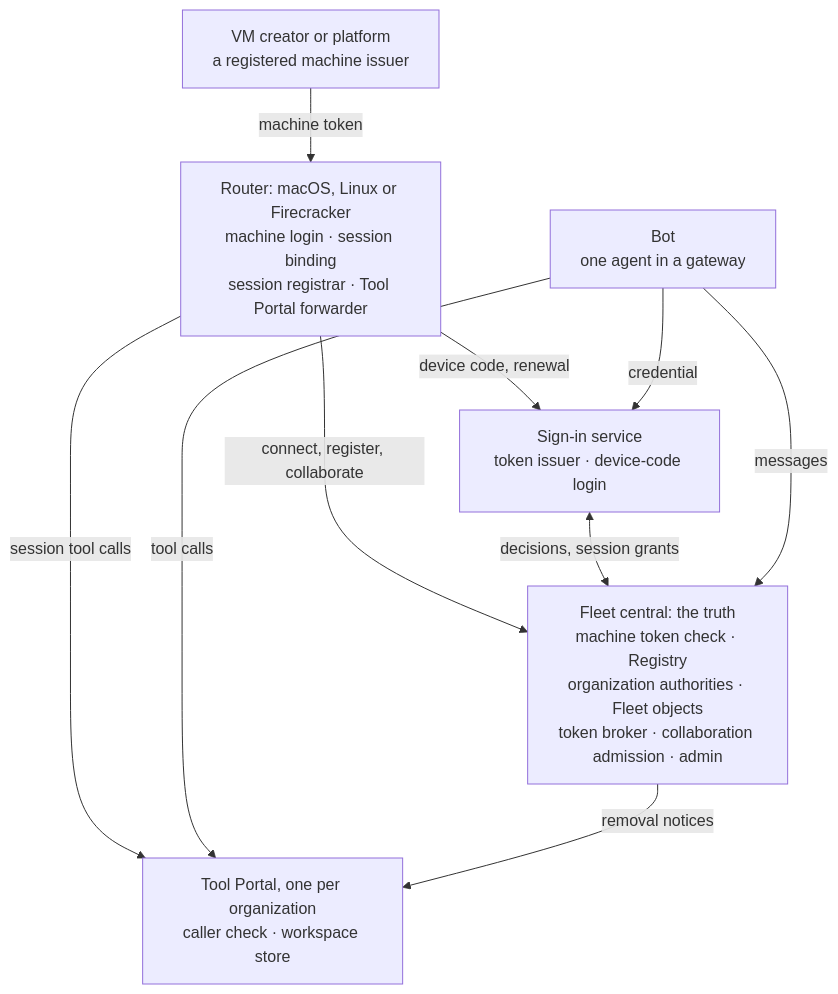
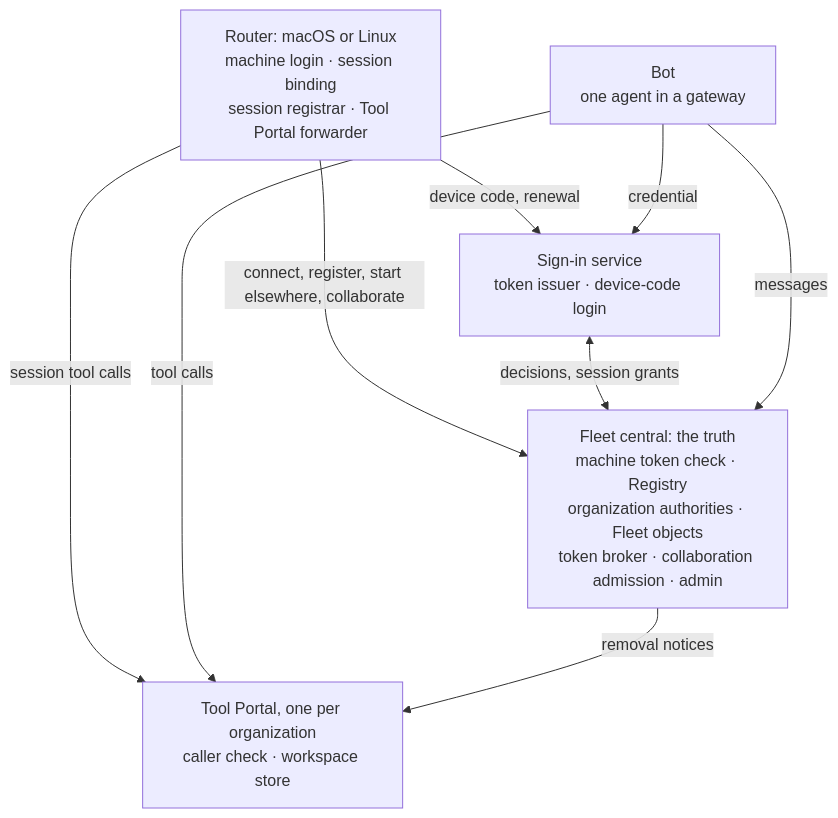
Before and after one commit to ShravanSunder/agent-vm: the first of 10 diagrams in docs/specs/2026-10-24-agent-identity/program-design.md, drawn with Mermaid. The commit also changed other lines of this file and 5 other files, not shown here.

````diff
--- a/docs/specs/2026-10-24-agent-identity/program-design.md
+++ b/docs/specs/2026-10-24-agent-identity/program-design.md
@@ -7,18 +7,16 @@
 ```mermaid
 flowchart TB
-  VMC["VM creator or platform<br/>a registered machine issuer"]
   BOT["Bot<br/>one agent in a gateway"]
-  R["Router: macOS, Linux or Firecracker<br/>machine login · session binding<br/>session registrar · Tool Portal forwarder"]
+  R["Router: macOS or Linux<br/>machine login · session binding<br/>session registrar · Tool Portal forwarder"]
   AUTH["Sign-in service<br/>token issuer · device-code login"]
   C["Fleet central: the truth<br/>machine token check · Registry<br/>organization authorities · Fleet objects<br/>token broker · collaboration admission · admin"]
   P["Tool Portal, one per organization<br/>caller check · workspace store"]
-  VMC -- machine token --> R
   R -- device code, renewal --> AUTH
   BOT -- credential --> AUTH
-  R -- connect, register, collaborate --> C
+  R -- connect, register, start elsewhere, collaborate --> C
   AUTH <-- decisions, session grants --> C
   BOT -- messages --> C
   R -- session tool calls --> P
   BOT -- tool calls --> P
   C -- removal notices --> P
 ```
````
